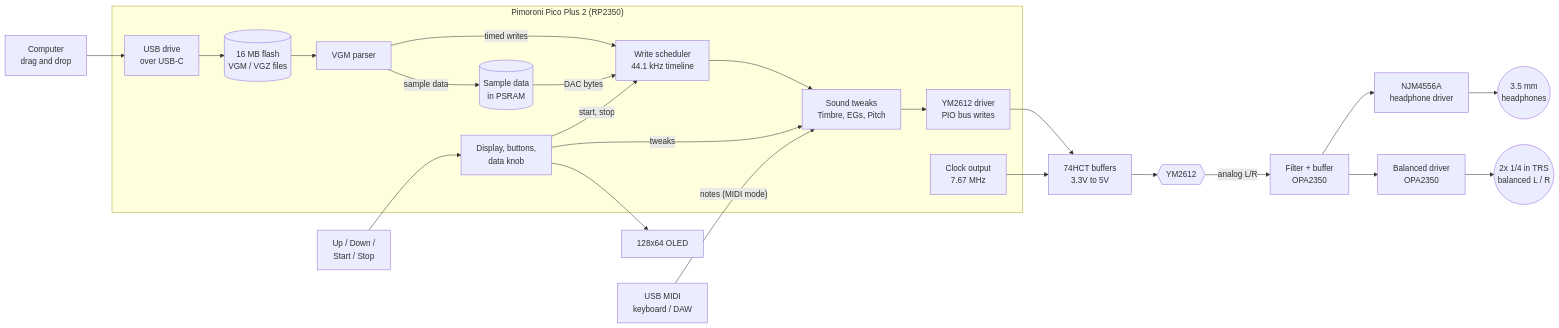
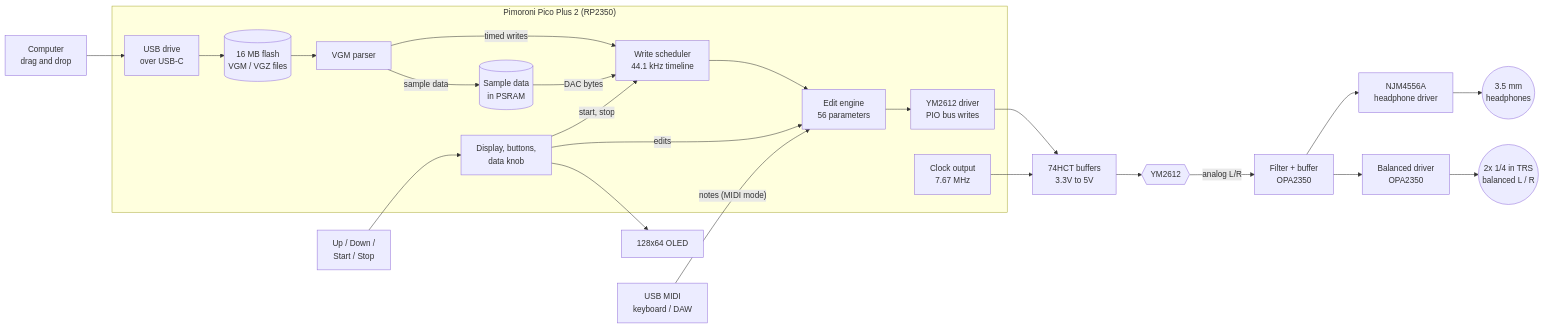
The diagram in docs/DESIGN.md (ctrlvlts-000/Vintage-Sound-Chip-Player), drawn with Mermaid before and after one commit. The commit also changed other lines of this file and 1 other file, not shown here.

First line of the commit message:
Replace push-knob menu with K3/Poly-61 style edit mode

````diff
--- a/docs/DESIGN.md
+++ b/docs/DESIGN.md
@@ -153,42 +196,42 @@
 ```mermaid
 flowchart LR
     PC[Computer<br/>drag and drop]
 
     subgraph PICO["Pimoroni Pico Plus 2 (RP2350)"]
         USB[USB drive<br/>over USB-C]
         FLASH[(16 MB flash<br/>VGM / VGZ files)]
         PARSE[VGM parser]
         PCM[(Sample data<br/>in PSRAM)]
         SCHED[Write scheduler<br/>44.1 kHz timeline]
         DRV[YM2612 driver<br/>PIO bus writes]
         CLKGEN[Clock output<br/>7.67 MHz]
         UI[Display, buttons,<br/>data knob]
-        SYN[Sound tweaks<br/>Timbre, EGs, Pitch]
+        SYN[Edit engine<br/>56 parameters]
     end
 
     BUF[74HCT buffers<br/>3.3V to 5V]
     YM{{YM2612}}
     FILT[Filter + buffer<br/>OPA2350]
     AMP[NJM4556A<br/>headphone driver]
     JACK((3.5 mm<br/>headphones))
     BAL[Balanced driver<br/>OPA2350]
     TRS((2x 1/4 in TRS<br/>balanced L / R))
     OLED[128x64 OLED]
     BTN[Up / Down /<br/>Start / Stop]
     MIDI[USB MIDI<br/>keyboard / DAW]
 
     PC --> USB --> FLASH --> PARSE
     PARSE -- "sample data" --> PCM
     PARSE -- "timed writes" --> SCHED
     PCM -- "DAC bytes" --> SCHED
     SCHED --> SYN --> DRV --> BUF --> YM
-    UI -- "tweaks" --> SYN
+    UI -- "edits" --> SYN
     CLKGEN --> BUF
     YM -- "analog L/R" --> FILT
     FILT --> AMP --> JACK
     FILT --> BAL --> TRS
     BTN --> UI
     UI --> OLED
     UI -- "start, stop" --> SCHED
     MIDI -- "notes (MIDI mode)" --> SYN
 ```
````
